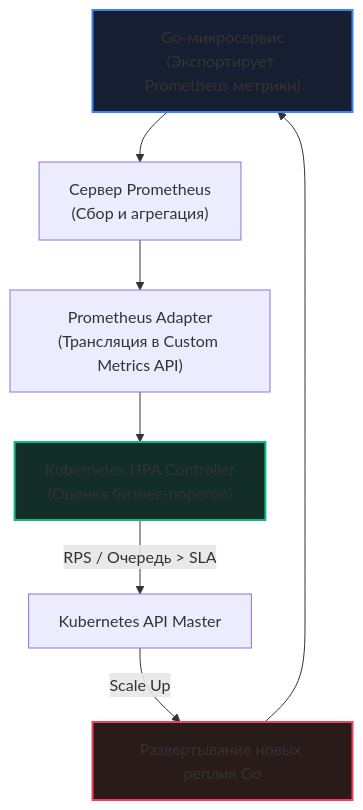
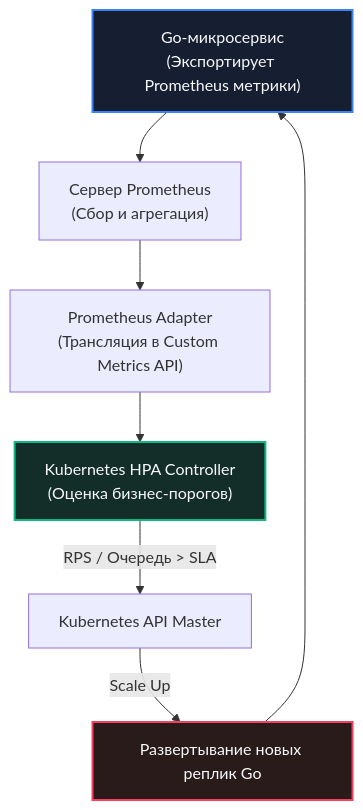
Before and after one commit to UnrealTemplier/go-textbook: the second of 2 diagrams in sources/16. Профилирование, отладка и производительность/10. Highload/7. Autoscaling.md, drawn with Mermaid. The commit also changed 310 other files, not shown here.

First line of the commit message:
fix(mermaid): replace light fill colors with dark palette for readability on dark theme

````diff
--- a/sources/16. Профилирование, отладка и производительность/10. Highload/7. Autoscaling.md
+++ b/sources/16. Профилирование, отладка и производительность/10. Highload/7. Autoscaling.md
@@ -89,14 +89,14 @@
 ```mermaid
 flowchart TD
     GoApp["Go-микросервис<br>(Экспортирует Prometheus метрики)"] --> Prom["Сервер Prometheus<br>(Сбор и агрегация)"]
     Prom --> Adapter["Prometheus Adapter<br>(Трансляция в Custom Metrics API)"]
     Adapter --> HPA["Kubernetes HPA Controller<br>(Оценка бизнес-порогов)"]
     
     HPA -->|RPS / Очередь > SLA| K8sAPI["Kubernetes API Master"]
     K8sAPI -->|Scale Up| ReplicaSet["Развертывание новых реплик Go"]
     ReplicaSet --> GoApp
     
-    style GoApp fill:#161e31,stroke:#3b82f6,stroke-width:2px
-    style HPA fill:#132d29,stroke:#10b981,stroke-width:2px
-    style ReplicaSet fill:#2a1b1b,stroke:#f43f5e,stroke-width:2px
+    style GoApp fill:#161e31,stroke:#3b82f6,stroke-width:2px,color:#f8fafc
+    style HPA fill:#132d29,stroke:#10b981,stroke-width:2px,color:#f8fafc
+    style ReplicaSet fill:#2a1b1b,stroke:#f43f5e,stroke-width:2px,color:#f8fafc
 ```
````
